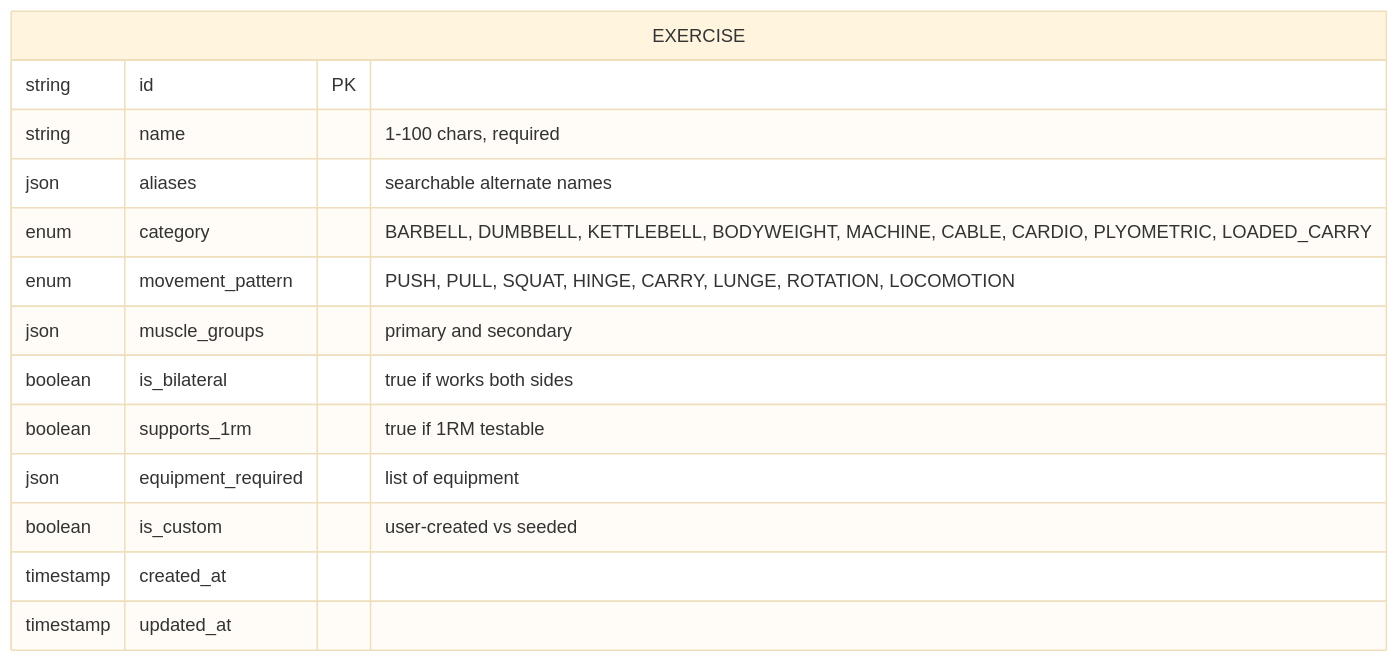
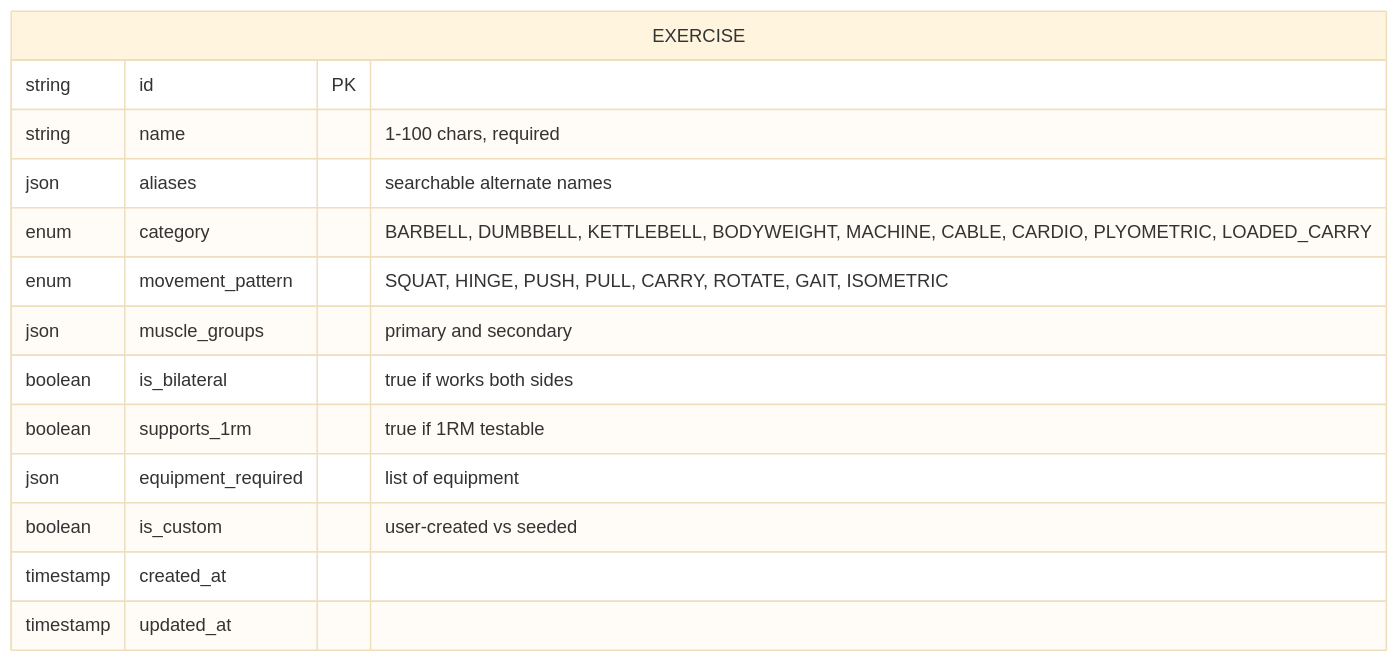
The fourth of 17 diagrams in docs/05-domain-model.md (rghsoftware/ardent-forge), drawn with Mermaid (base theme) before and after one commit. The commit also changed other lines of this file and 16 other files, not shown here.

````diff
--- a/docs/05-domain-model.md
+++ b/docs/05-domain-model.md
@@ -218,17 +218,17 @@
 ```mermaid
 erDiagram
     EXERCISE {
         string id PK
         string name "1-100 chars, required"
         json aliases "searchable alternate names"
         enum category "BARBELL, DUMBBELL, KETTLEBELL, BODYWEIGHT, MACHINE, CABLE, CARDIO, PLYOMETRIC, LOADED_CARRY"
-        enum movement_pattern "PUSH, PULL, SQUAT, HINGE, CARRY, LUNGE, ROTATION, LOCOMOTION"
+        enum movement_pattern "SQUAT, HINGE, PUSH, PULL, CARRY, ROTATE, GAIT, ISOMETRIC"
         json muscle_groups "primary and secondary"
         boolean is_bilateral "true if works both sides"
         boolean supports_1rm "true if 1RM testable"
         json equipment_required "list of equipment"
         boolean is_custom "user-created vs seeded"
         timestamp created_at
         timestamp updated_at
     }
 ```
````
